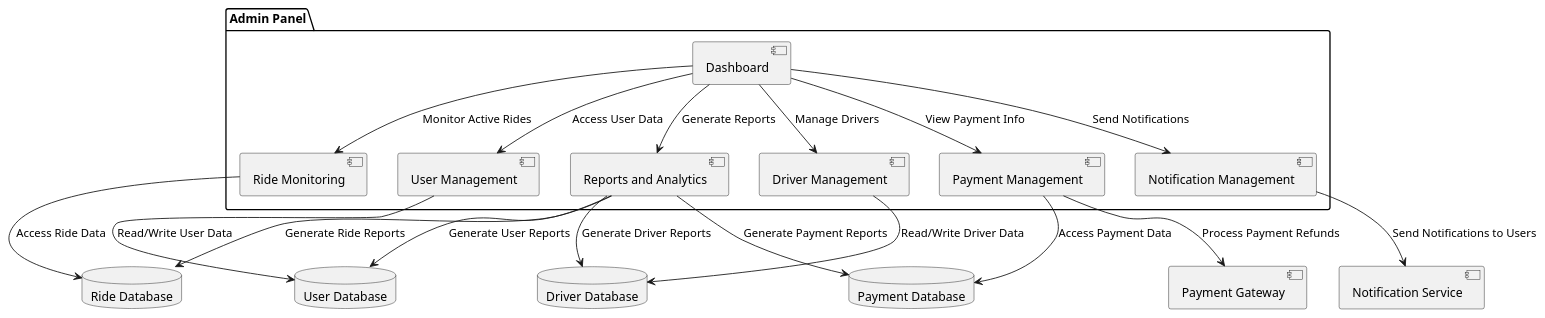
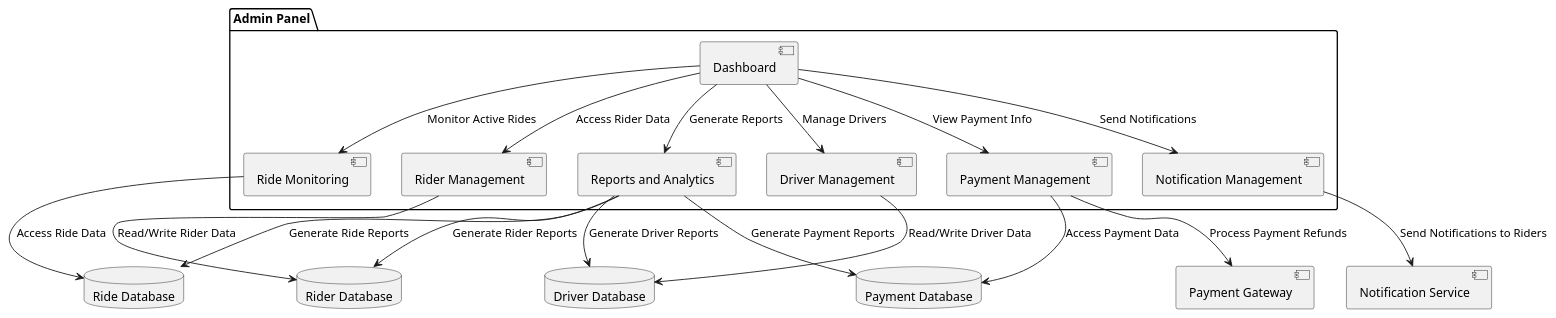
The seventh of 8 diagrams in Plantumlcodes.md (IIITLucknowSWEngg/CSAICSBTeam002), drawn with PlantUML before and after one commit. The commit also changed other lines of this file, not shown here.

````diff
--- a/Plantumlcodes.md
+++ b/Plantumlcodes.md
@@ -209,47 +271,47 @@
 ```plantuml
 @startuml
 
 ' Define the system components for the Admin Panel
 package "Admin Panel" {
     component "Dashboard" as Dashboard
-    component "User Management" as UserManagement
+    component "Rider Management" as RiderManagement
     component "Driver Management" as DriverManagement
     component "Ride Monitoring" as RideMonitoring
     component "Payment Management" as PaymentManagement
     component "Reports and Analytics" as ReportsAnalytics
     component "Notification Management" as NotificationManagement
 }
 
 ' External services used by the Admin Panel
-database "User Database" as UserDB
+database "Rider Database" as RiderDB
 database "Driver Database" as DriverDB
 database "Ride Database" as RideDB
 database "Payment Database" as PaymentDB
 component "Notification Service" as NotificationService
 component "Payment Gateway" as PaymentGateway
 
 ' Relationships between Admin Panel components
-Dashboard --> UserManagement : Access User Data
+Dashboard --> RiderManagement : Access Rider Data
 Dashboard --> DriverManagement : Manage Drivers
 Dashboard --> RideMonitoring : Monitor Active Rides
 Dashboard --> PaymentManagement : View Payment Info
 Dashboard --> ReportsAnalytics : Generate Reports
 Dashboard --> NotificationManagement : Send Notifications
 
 ' Internal component interactions
-UserManagement --> UserDB : Read/Write User Data
+RiderManagement --> RiderDB : Read/Write Rider Data
 DriverManagement --> DriverDB : Read/Write Driver Data
 RideMonitoring --> RideDB : Access Ride Data
 PaymentManagement --> PaymentDB : Access Payment Data
-ReportsAnalytics --> UserDB : Generate User Reports
+ReportsAnalytics --> RiderDB : Generate Rider Reports
 ReportsAnalytics --> DriverDB : Generate Driver Reports
 ReportsAnalytics --> RideDB : Generate Ride Reports
 ReportsAnalytics --> PaymentDB : Generate Payment Reports
 
 ' External interactions
 PaymentManagement --> PaymentGateway : Process Payment Refunds
-NotificationManagement --> NotificationService : Send Notifications to Users
+NotificationManagement --> NotificationService : Send Notifications to Riders
 
 @enduml
 
 ```
````
